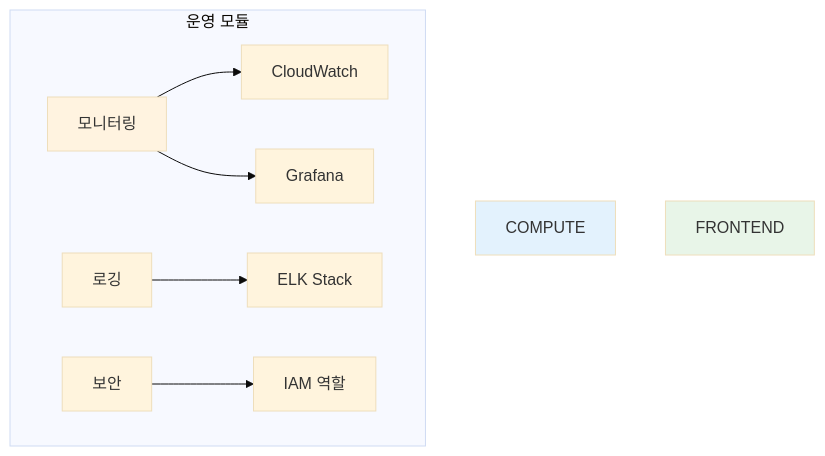
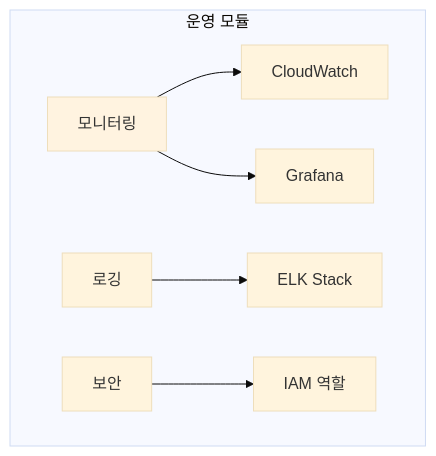
One commit to niceguy61/kdt_devops_lecture_2025 changed the ninth of 9 diagrams in theory/december/make_diagram/lecture/02_complexity_management.md. Above: the diagram before and after it, drawn with Mermaid (base theme). The commit also changed other lines of this file, not shown here.

````diff
--- a/theory/december/make_diagram/lecture/02_complexity_management.md
+++ b/theory/december/make_diagram/lecture/02_complexity_management.md
@@ -239,18 +235,16 @@
 ```mermaid
 graph TB
     subgraph "운영 모듈"
         MONITOR[모니터링]
         LOGGING[로깅]
         SECURITY[보안]
         
         MONITOR --> CW[CloudWatch]
         MONITOR --> GRAFANA[Grafana]
         
         LOGGING --> ELK[ELK Stack]
         SECURITY --> IAM[IAM 역할]
     end
     
-    style COMPUTE fill:#e3f2fd
-    style FRONTEND fill:#e8f5e8
     style MONITOR fill:#fff3e0
 ```
````
